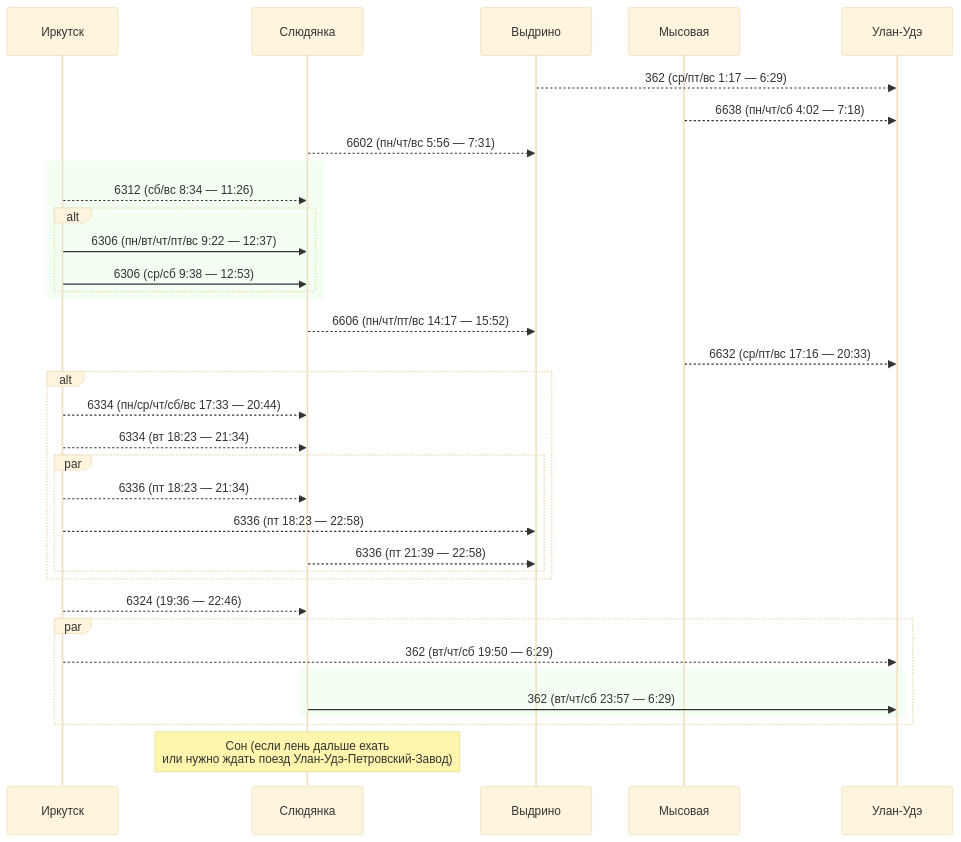
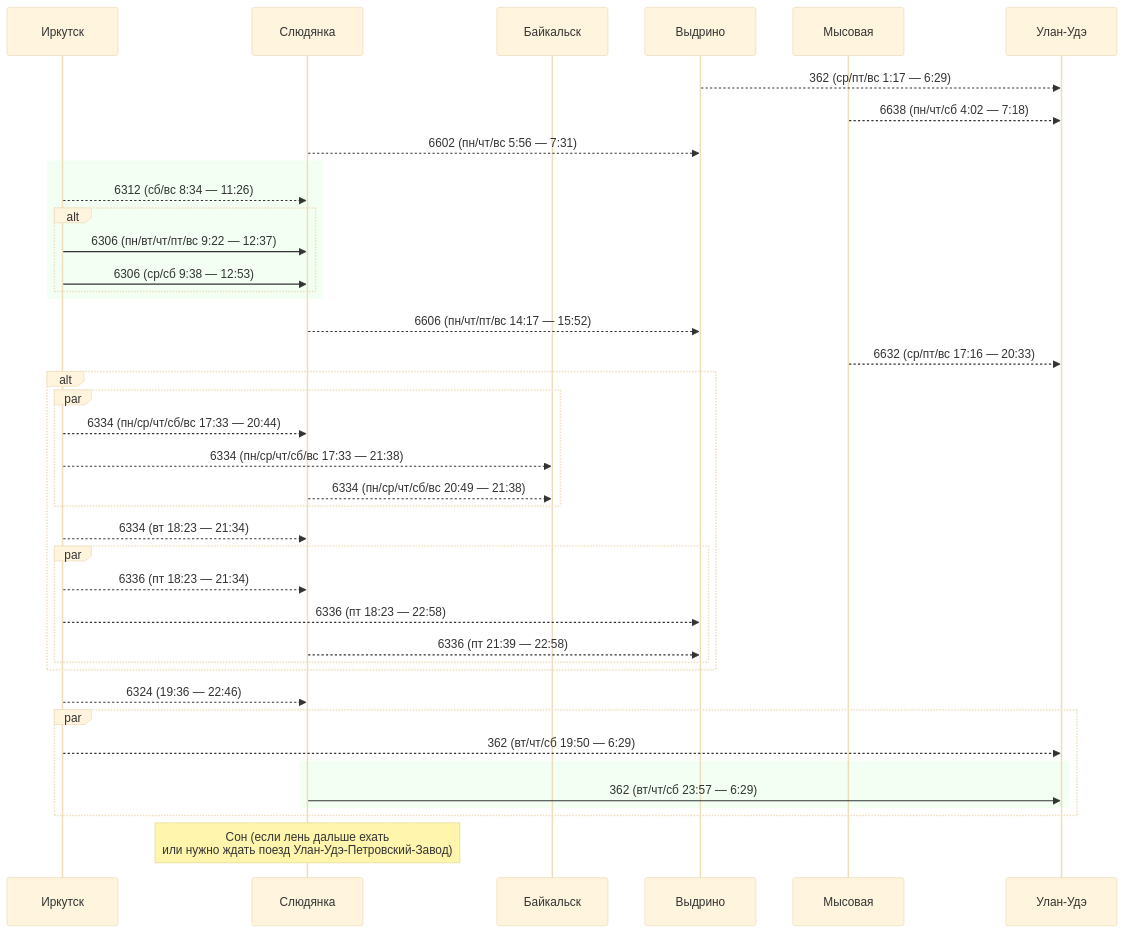
Diagram 12 of 14 in Schedule/Eastbound.md (u0feff/Pezda), drawn with Mermaid (base theme) before and after one commit. The commit also changed other lines of this file, not shown here.

````diff
--- a/Schedule/Eastbound.md
+++ b/Schedule/Eastbound.md
@@ -500,46 +500,51 @@
 ```mermaid
 sequenceDiagram
     participant Иркутск
     participant Слюдянка
+    participant Байкальск
     participant Выдрино
     participant Мысовая
     participant Улан-Удэ
 
     Выдрино-->>Улан-Удэ: 362 (ср/пт/вс 1:17 — 6:29)
 
     Мысовая-->>Улан-Удэ: 6638 (пн/чт/сб 4:02 — 7:18)
 
     Слюдянка-->>Выдрино: 6602 (пн/чт/вс 5:56 — 7:31)
 
     rect rgba(0, 255, 0, 0.05)
     Иркутск-->>Слюдянка: 6312 (сб/вс 8:34 — 11:26)
     alt
     Иркутск->>Слюдянка: 6306 (пн/вт/чт/пт/вс 9:22 — 12:37)
     Иркутск->>Слюдянка: 6306 (ср/сб 9:38 — 12:53)
     end
     end
     Слюдянка-->>Выдрино: 6606 (пн/чт/пт/вс 14:17 — 15:52)
 
     Мысовая-->>Улан-Удэ: 6632 (ср/пт/вс 17:16 — 20:33)
 
     alt
+    par
     Иркутск-->>Слюдянка: 6334 (пн/ср/чт/сб/вс 17:33 — 20:44)
+    Иркутск-->>Байкальск: 6334 (пн/ср/чт/сб/вс 17:33 — 21:38)
+    Слюдянка-->>Байкальск: 6334 (пн/ср/чт/сб/вс 20:49 — 21:38)
+    end
     Иркутск-->>Слюдянка: 6334 (вт 18:23 — 21:34)
     par
     Иркутск-->>Слюдянка: 6336 (пт 18:23 — 21:34)
     Иркутск-->>Выдрино: 6336 (пт 18:23 — 22:58)
     Слюдянка-->>Выдрино: 6336 (пт 21:39 — 22:58)
     end
     end
 
     Иркутск-->>Слюдянка: 6324 (19:36 — 22:46)
 
     par
     Иркутск-->>Улан-Удэ: 362 (вт/чт/сб 19:50 — 6:29)
     rect rgba(0, 255, 0, 0.05)
     Слюдянка->>Улан-Удэ: 362 (вт/чт/сб 23:57 — 6:29)
     end
     end
 
     Note over Слюдянка: Сон (если лень дальше ехать<br>или нужно ждать поезд Улан-Удэ-Петровский-Завод)
 ```
````
